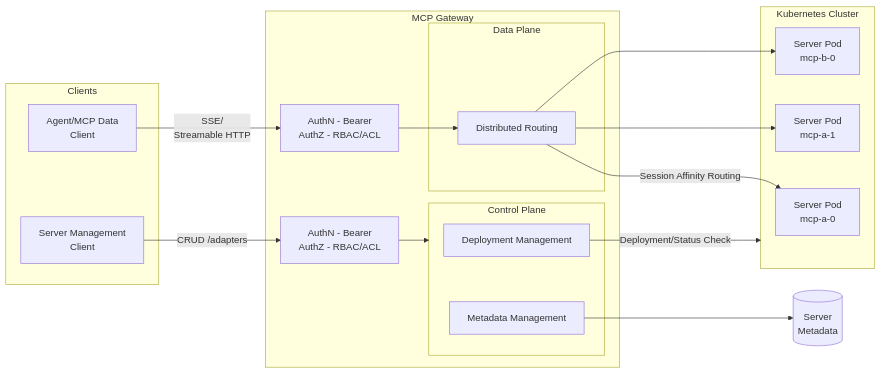
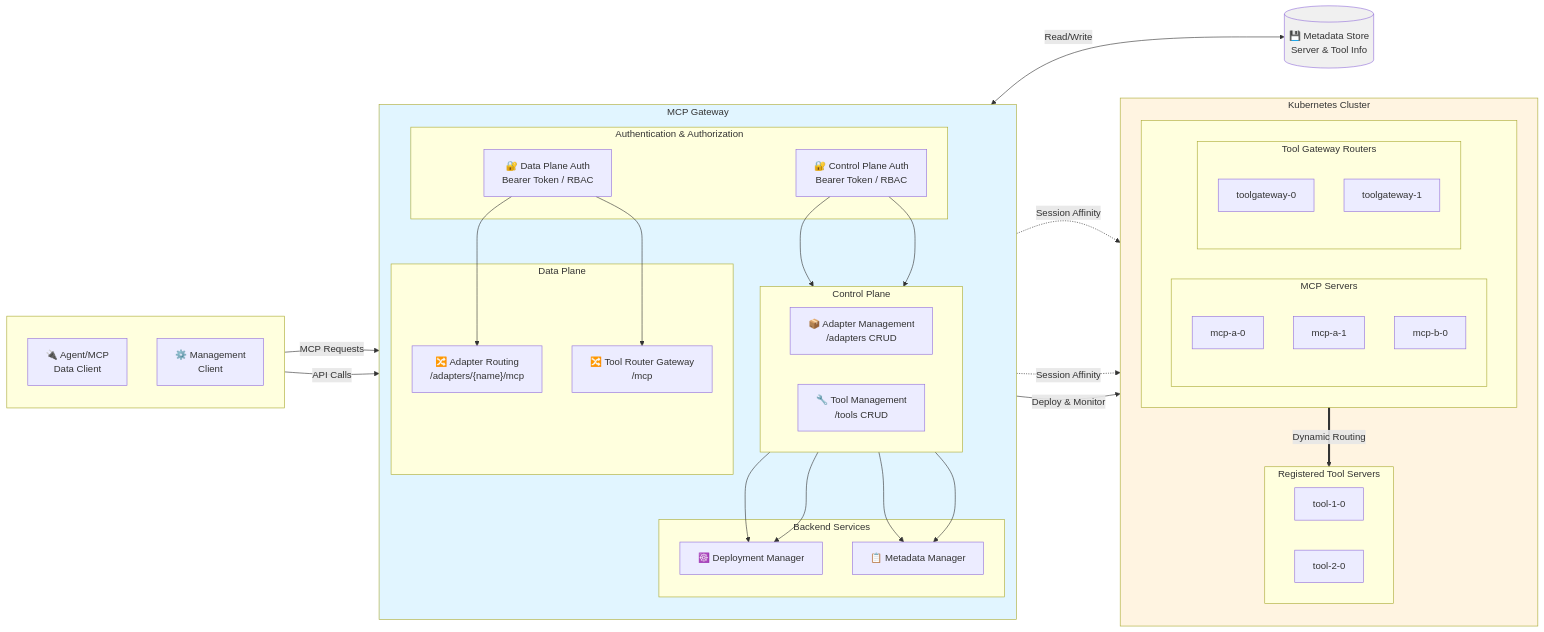
Before and after one commit to microsoft/mcp-gateway: the diagram in README.md, drawn with Mermaid. The commit also changed other lines of this file and 18 other files, not shown here.

````diff
--- a/README.md
+++ b/README.md
@@ -32,37 +34,84 @@
 ```mermaid
 flowchart LR
-    subgraph Clients["Clients"]
-        DataClient["Agent/MCP Data<br>Client"]
-        MgmtClient["Server Management<br>Client"]
-    end
-
-    subgraph DataPlane["Data Plane"]
-        Routing["Distributed Routing"]
-    end
-
-    subgraph ControlPlane["Control Plane"]
-        DeploymentManagement["Deployment Management"]
-        MetadataManagement["Metadata Management"]
+    subgraph Clients[" "]
+        direction TB
+        DataClient["🔌 Agent/MCP<br>Data Client"]
+        MgmtClient["⚙️ Management<br>Client"]
     end
 
     subgraph Gateway["MCP Gateway"]
-        Auth["AuthN - Bearer<br>AuthZ - RBAC/ACL"]
-        Auth2["AuthN - Bearer<br>AuthZ - RBAC/ACL"]
-        DataPlane
-        ControlPlane
+        direction TB
+        
+        subgraph Auth1["Authentication & Authorization"]
+            Auth["🔐 Data Plane Auth<br>Bearer Token / RBAC"]
+            Auth2["🔐 Control Plane Auth<br>Bearer Token / RBAC"]
+        end
+        
+        subgraph DataPlane["Data Plane"]
+            Routing["🔀 Adapter Routing<br>/adapters/{name}/mcp"]
+            ToolRouting["🔀 Tool Router Gateway<br>/mcp"]
+        end
+
+        subgraph ControlPlane["Control Plane"]
+            direction LR
+            AdapterMgmt["📦 Adapter Management<br>/adapters CRUD"]
+            ToolMgmt["🔧 Tool Management<br>/tools CRUD"]
+        end
+        
+        subgraph Management["Backend Services"]
+            DeploymentMgmt["☸️ Deployment Manager"]
+            MetadataMgmt["📋 Metadata Manager"]
+        end
     end
 
     subgraph Cluster["Kubernetes Cluster"]
-        PodA["Server Pod<br>mcp-a-0"]
-        PodA1["Server Pod<br>mcp-a-1"]
-        PodB["Server Pod<br>mcp-b-0"]
+        direction TB
+        
+        subgraph ServerRow[" "]
+            direction LR
+            
+            subgraph MCPServers["MCP Servers"]
+                direction TB
+                PodA["mcp-a-0"]
+                PodA1["mcp-a-1"]
+                PodB["mcp-b-0"]
+            end
+            
+            subgraph ToolRouters["Tool Gateway Routers"]
+                direction TB
+                Router1["toolgateway-0"]
+                Router2["toolgateway-1"]
+            end
+        end
+        
+        subgraph ToolServers["Registered Tool Servers"]
+            direction LR
+            Tool1["tool-1-0"]
+            Tool2["tool-2-0"]
+        end
     end
 
-    DataClient -- SSE/<br>Streamable HTTP --> Auth
-    MgmtClient -- "CRUD /adapters" --> Auth2 --> ControlPlane
+    Metadata[("💾 Metadata Store<br>Server & Tool Info")]
+
+    DataClient -->|"MCP Requests"| Auth
+    MgmtClient -->|"API Calls"| Auth2
+    
     Auth --> Routing
-    Routing -- Session Affinity Routing --> PodA
-    Routing --> PodA1 & PodB
-    MetadataManagement --> Metadata[("Server<br>Metadata")]
-    DeploymentManagement -- "Deployment/Status Check"--> Cluster
+    Auth --> ToolRouting
+    Auth2 --> AdapterMgmt
+    Auth2 --> ToolMgmt
+    
+    AdapterMgmt & ToolMgmt --> DeploymentMgmt
+    AdapterMgmt & ToolMgmt --> MetadataMgmt
+    
+    Routing -.->|"Session Affinity"| MCPServers
+    ToolRouting -.->|"Session Affinity"| ToolRouters
+    ToolRouters ==>|"Dynamic Routing"| ToolServers
+    
+    DeploymentMgmt -->|"Deploy & Monitor"| Cluster
+    MetadataMgmt <-->|"Read/Write"| Metadata
+
+    style Gateway fill:#e1f5ff
+    style Cluster fill:#fff4e1
+    style Metadata fill:#f0f0f0
 ```
````
